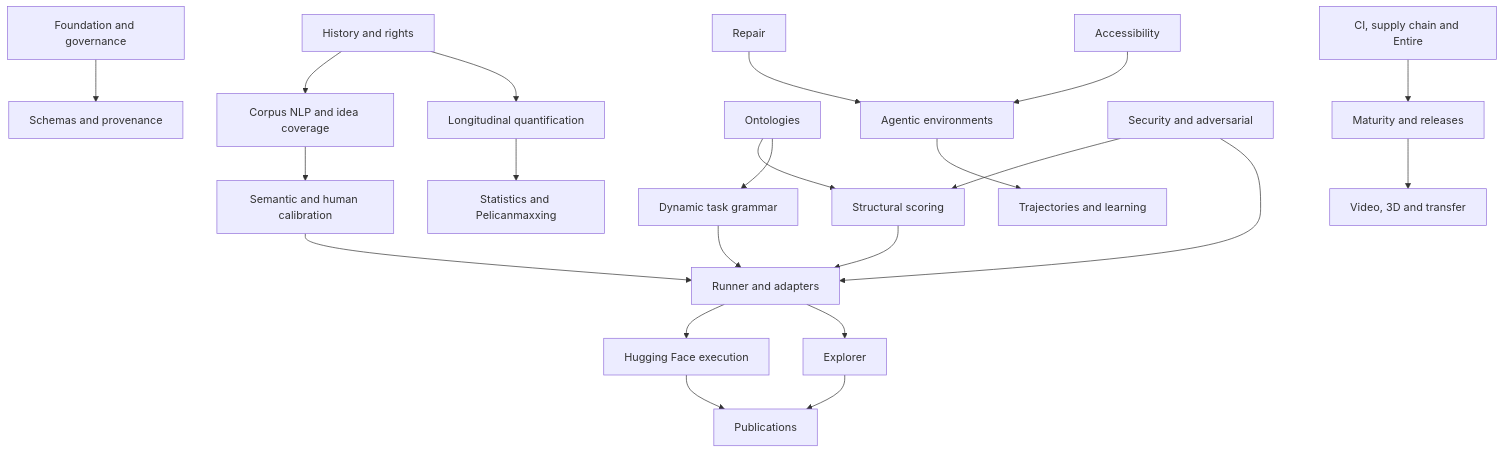
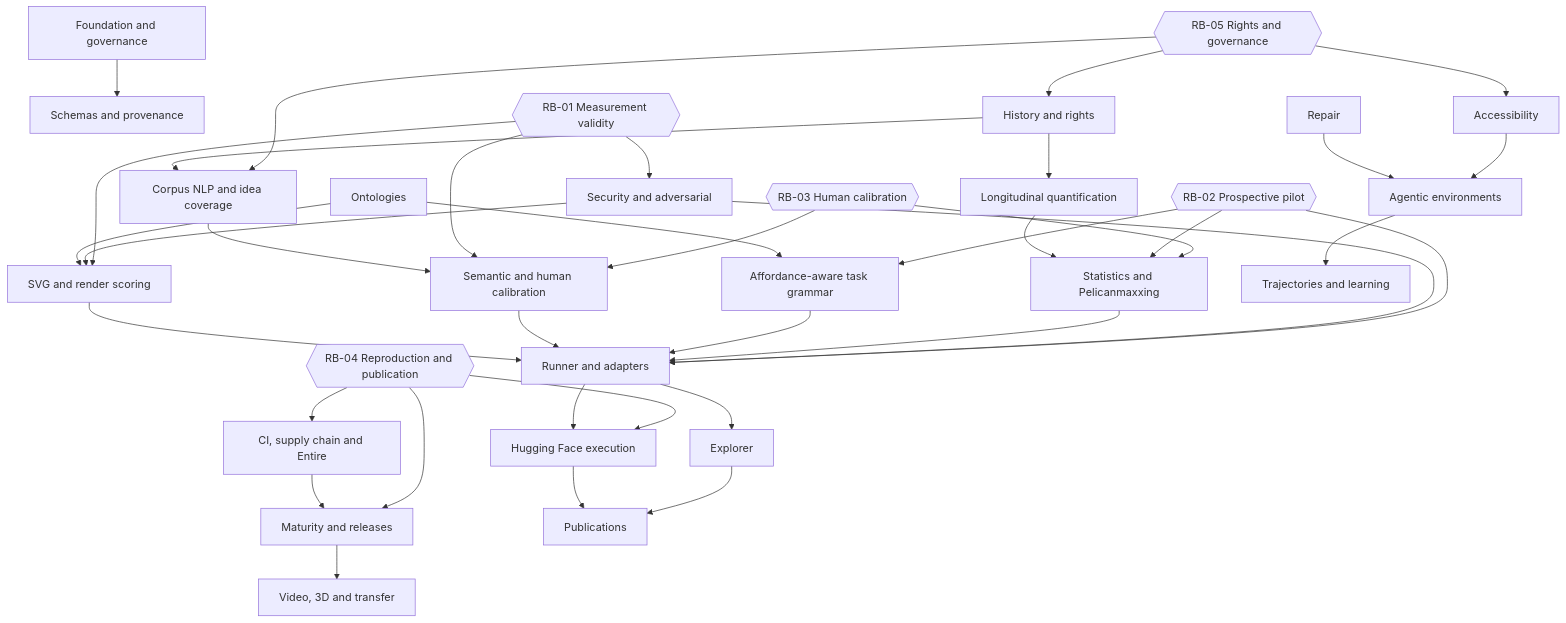
Before and after one commit to edithatogo/pelican-bench: the diagram in conductor/programme-map.md, drawn with Mermaid. The commit also changed other lines of this file and 65 other files, not shown here.

````diff
--- a/conductor/programme-map.md
+++ b/conductor/programme-map.md
@@ -3,24 +3,40 @@
 ```mermaid
 flowchart TB
     T00[Foundation and governance] --> T02[Schemas and provenance]
     T01[History and rights] --> T04[Corpus NLP and idea coverage]
     T01 --> T05[Longitudinal quantification]
-    T03[Ontologies] --> T06[Structural scoring]
-    T03 --> T08[Dynamic task grammar]
+    T03[Ontologies] --> T06[SVG and render scoring]
+    T03 --> T08[Affordance-aware task grammar]
     T04 --> T07[Semantic and human calibration]
     T05 --> T09[Statistics and Pelicanmaxxing]
     T06 --> T10[Runner and adapters]
     T07 --> T10
     T08 --> T10
+    T09 --> T10
     T10 --> T11[Hugging Face execution]
     T10 --> T13[Explorer]
     T14[Repair] --> T15[Agentic environments]
     T15 --> T16[Trajectories and learning]
     T17[Security and adversarial] --> T06
     T17 --> T10
     T18[Accessibility] --> T15
     T12[CI, supply chain and Entire] --> T20[Maturity and releases]
     T11 --> T19[Publications]
     T13 --> T19
     T20 --> T21[Video, 3D and transfer]
+
+    RB01{{RB-01 Measurement validity}} --> T06
+    RB01 --> T07
+    RB01 --> T17
+    RB02{{RB-02 Prospective pilot}} --> T08
+    RB02 --> T09
+    RB02 --> T10
+    RB03{{RB-03 Human calibration}} --> T07
+    RB03 --> T09
+    RB04{{RB-04 Reproduction and publication}} --> T11
+    RB04 --> T12
+    RB04 --> T20
+    RB05{{RB-05 Rights and governance}} --> T01
+    RB05 --> T04
+    RB05 --> T18
 ```
````
